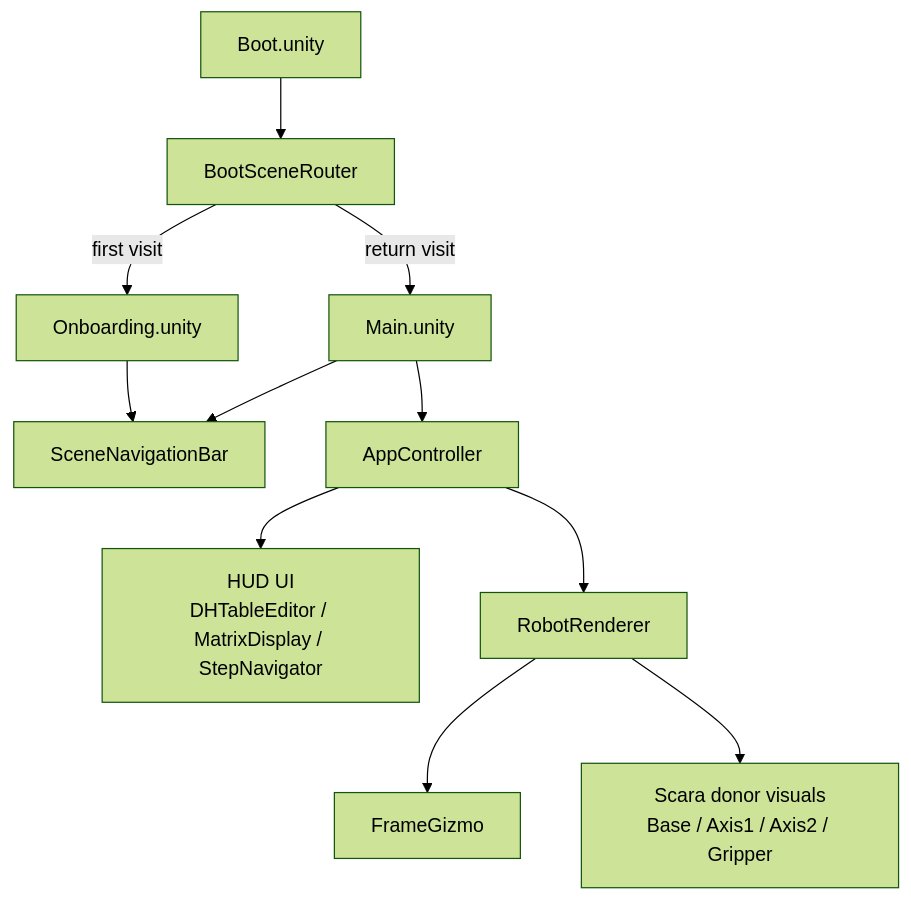
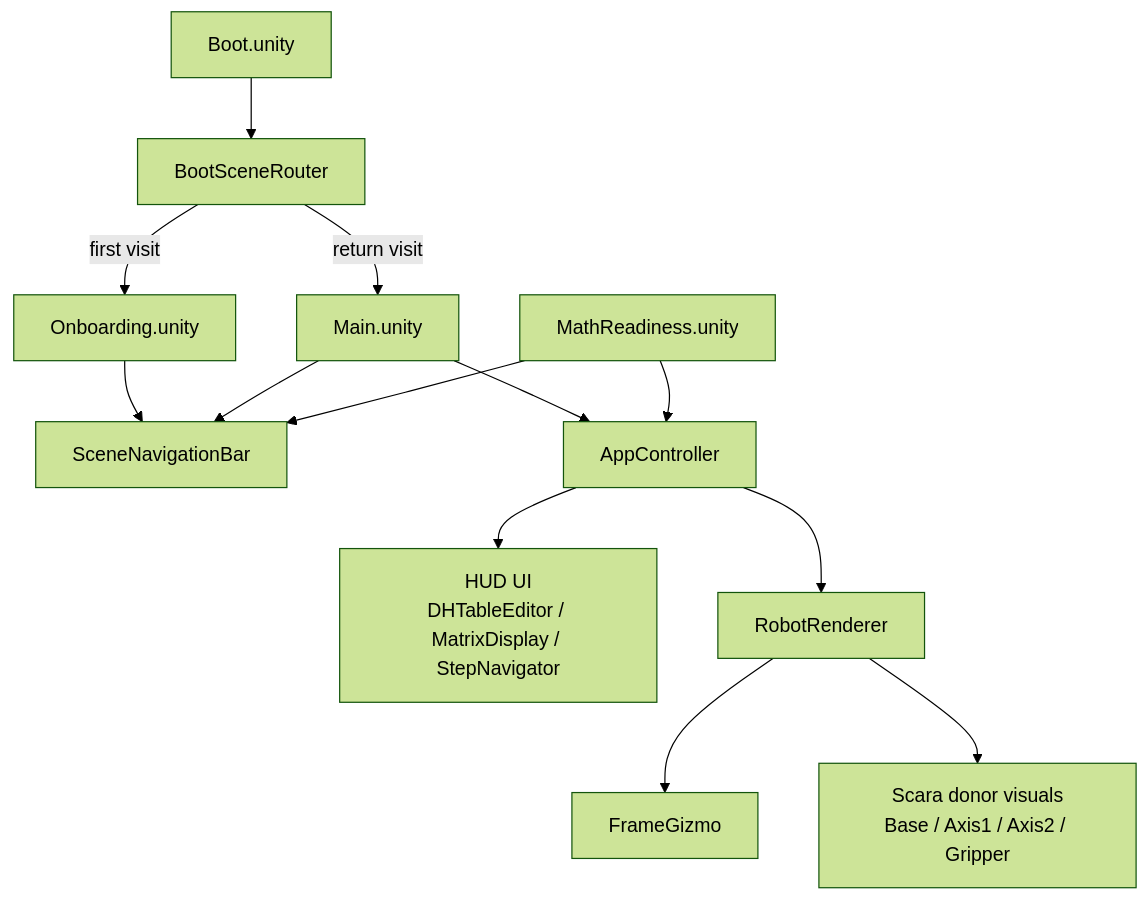
The first of 3 diagrams in docs/ref/architecture-mermaid.md (kimjuyoung1127/robotapp), drawn with Mermaid (forest theme) before and after one commit. The commit also changed 1504 other files, not shown here.

````diff
--- a/docs/ref/architecture-mermaid.md
+++ b/docs/ref/architecture-mermaid.md
@@ -8,15 +8,17 @@
 ```mermaid
 flowchart TD
     Boot["Boot.unity"] --> Router["BootSceneRouter"]
     Router -->|first visit| Onboarding["Onboarding.unity"]
     Router -->|return visit| Main["Main.unity"]
 
     Onboarding --> Nav["SceneNavigationBar"]
     Main --> Nav
+    MathReady["MathReadiness.unity"] --> Nav
 
     Main --> App["AppController"]
+    MathReady --> App
     App --> UI["HUD UI\nDHTableEditor / MatrixDisplay / StepNavigator"]
     App --> Viz["RobotRenderer"]
     Viz --> Frame["FrameGizmo"]
     Viz --> Donor["Scara donor visuals\nBase / Axis1 / Axis2 / Gripper"]
 ```
````
